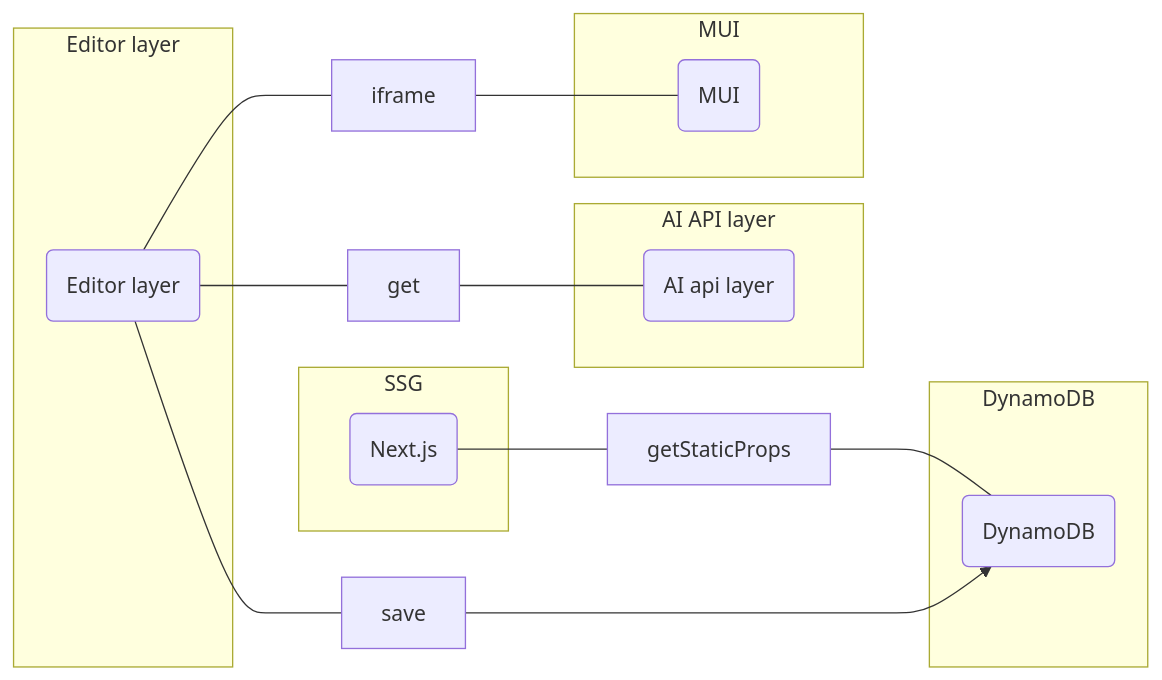
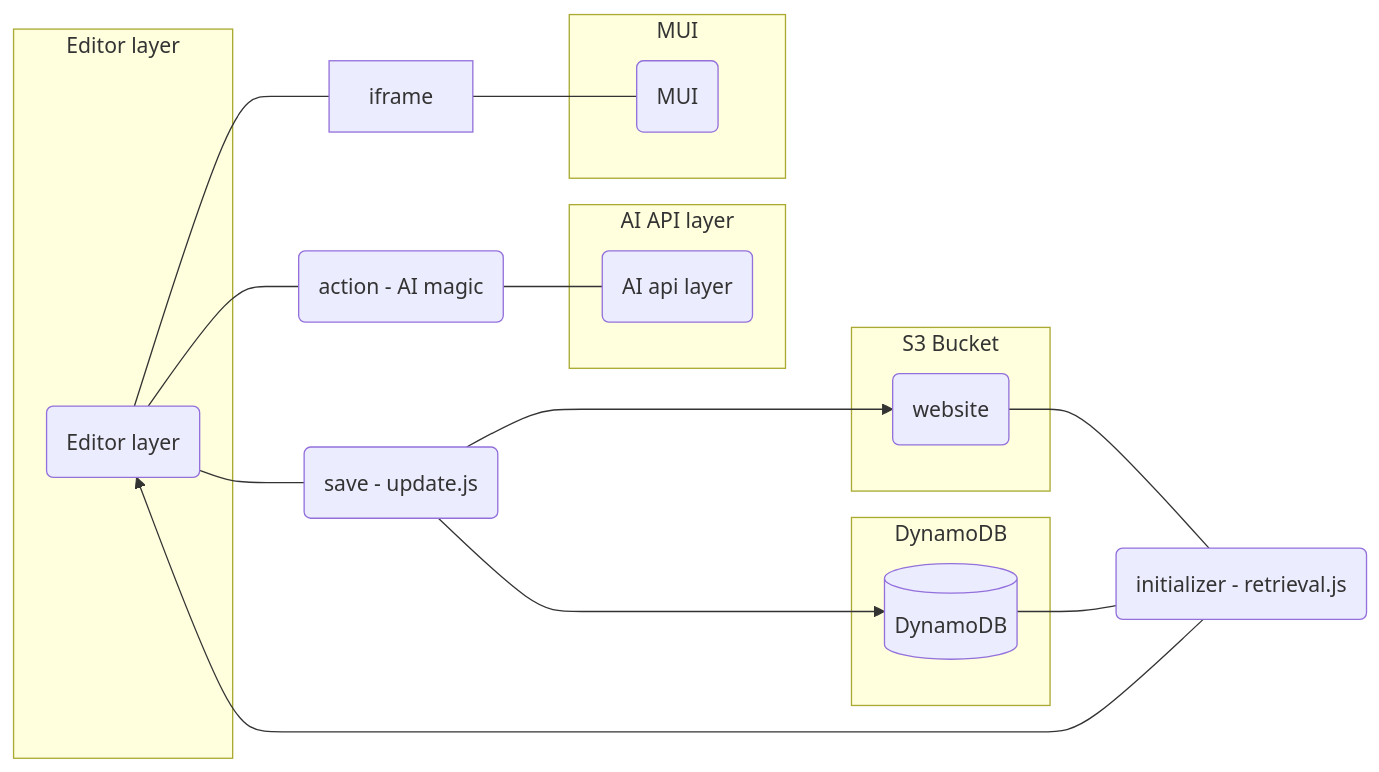
One commit to ABRGI/nelson-unified-cms changed the diagram in README.md. Above: the diagram before and after it, drawn with Mermaid. The commit also changed other lines of this file and 4 other files, not shown here.

````diff
--- a/README.md
+++ b/README.md
@@ -5,27 +5,27 @@
 ```mermaid
 graph LR
     subgraph "Editor layer"
         e(Editor layer)
     end
 
     subgraph "AI API layer"
         a(AI api layer)
     end
 
     subgraph "MUI"
         m(MUI)
     end
 
-    subgraph "SSG"
-        n(Next.js)
+    subgraph "S3 Bucket"
+        n(website)
     end
 
     subgraph "DynamoDB"
-        d(DynamoDB)
+        d[(DynamoDB)]
     end
 
-    e---get---a
+    e---cc(action - AI magic)---a
     e---iframe---m
-    n---getStaticProps---d
-    e---save--->d
+    e---bb(save - update.js)--->d & n
+    n & d---aa(initializer - retrieval.js)--->e
    ```
````
